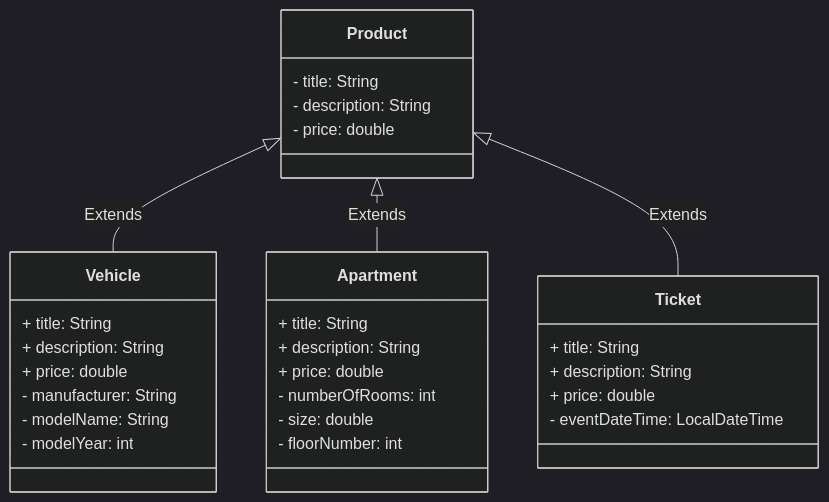
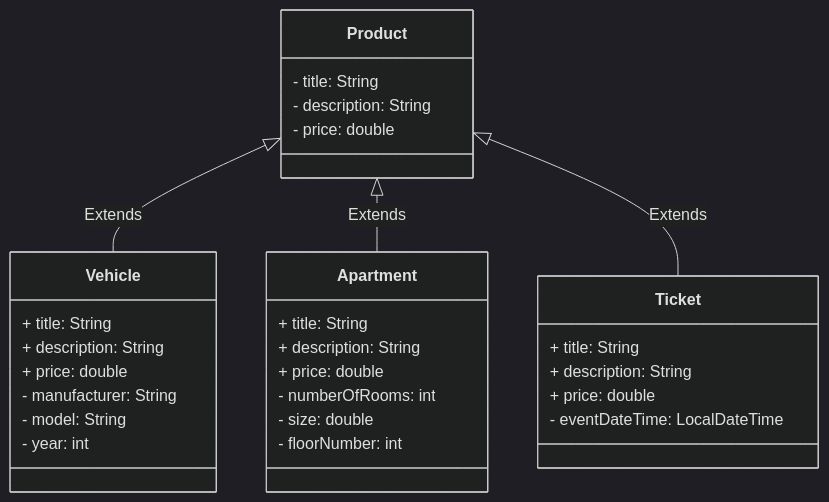
One commit to ohjelmointi2/inheritance-interfaces changed the diagram in readme.md. Above: the diagram before and after it, drawn with Mermaid (dark theme). The commit also changed 3 other files, not shown here.

Commit message:
modelName -> model, modelYear -> year

````diff
--- a/readme.md
+++ b/readme.md
@@ -40,39 +40,39 @@
 ```mermaid
 classDiagram
   direction TB
 
   class Product {
     - title: String
     - description: String
     - price: double
   }
 
   class Vehicle {
     + title: String
     + description: String
     + price: double
     - manufacturer: String
-    - modelName: String
-    - modelYear: int
+    - model: String
+    - year: int
   }
 
   class Apartment {
     + title: String
     + description: String
     + price: double
     - numberOfRooms: int
     - size: double
     - floorNumber: int
   }
 
   class Ticket {
     + title: String
     + description: String
     + price: double
     - eventDateTime: LocalDateTime
   }
 
   Product <|-- Vehicle: Extends
   Product <|-- Apartment: Extends
   Product <|-- Ticket: Extends
 ```
````
